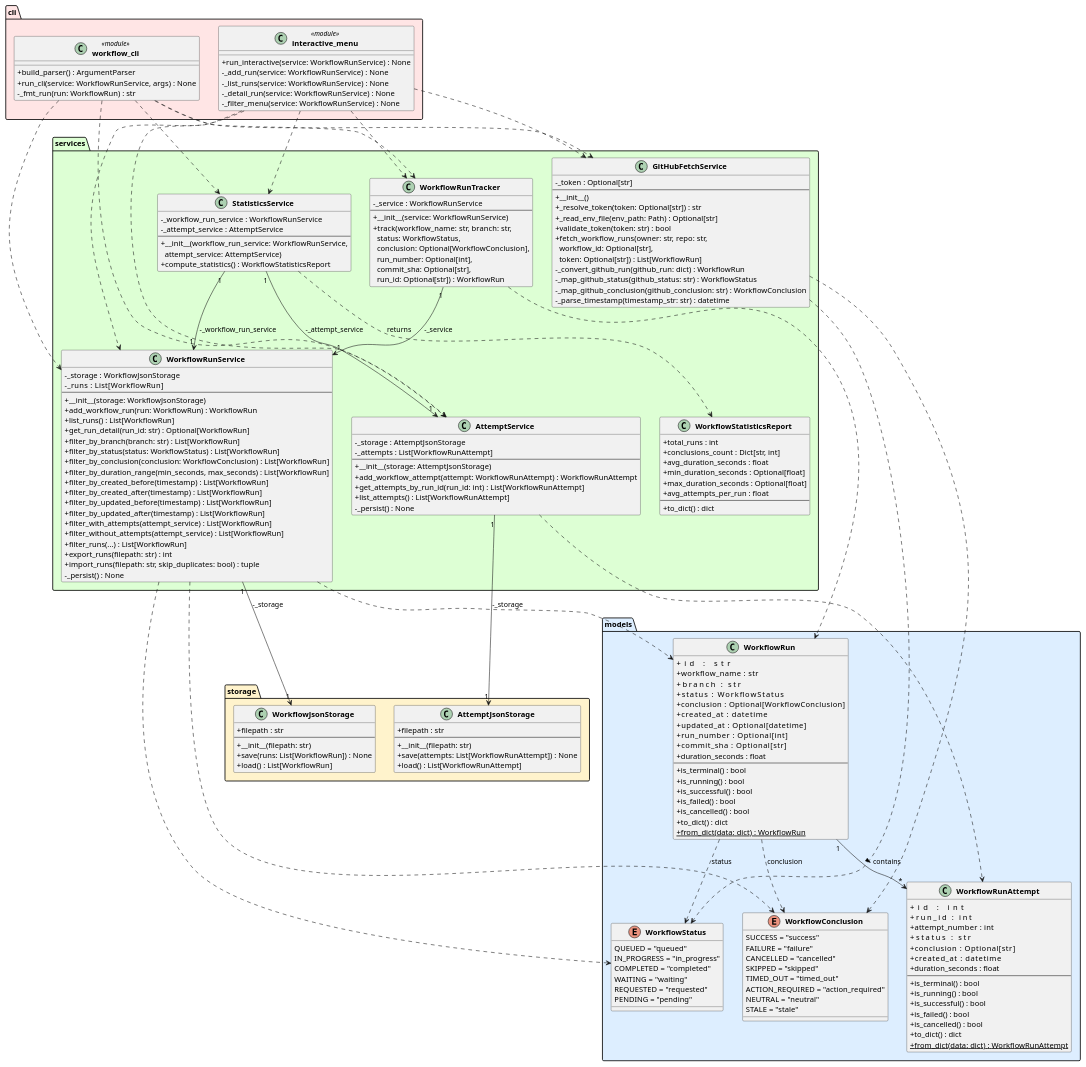
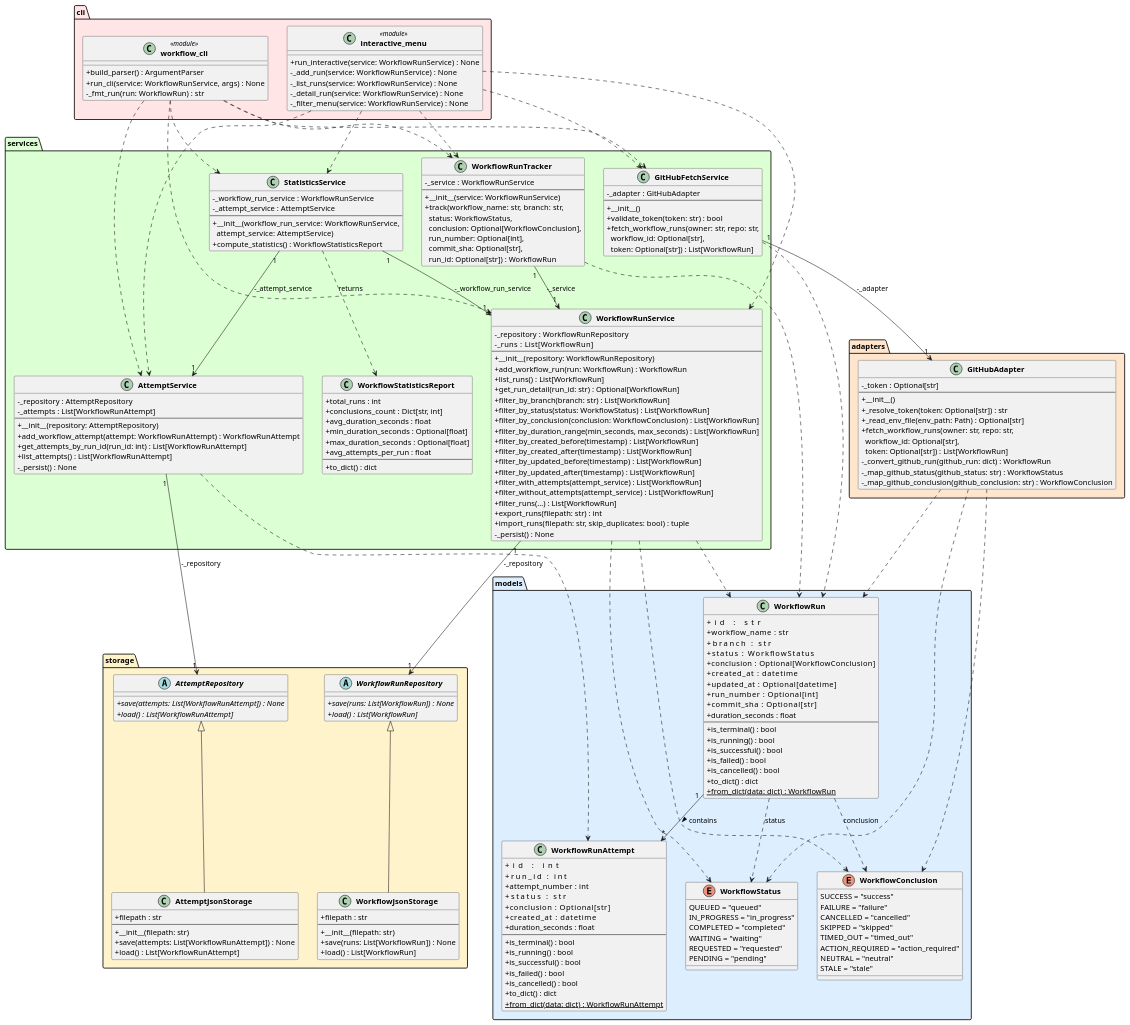
One commit to DanielRiha8906/Software_autoevolution_using_agents changed the diagram in experiments/broadcast/structured_text/github-workflow-manager/artifacts/class_diagram.puml. Above: the diagram before and after it, drawn with PlantUML. The commit also changed 5 other files, not shown here.

```diff
--- a/experiments/broadcast/structured_text/github-workflow-manager/artifacts/class_diagram.puml
+++ b/experiments/broadcast/structured_text/github-workflow-manager/artifacts/class_diagram.puml
@@ -65,6 +65,16 @@
 }
 
 package "storage" #FFF3CC {
+    abstract class WorkflowRunRepository {
+        {abstract} +save(runs: List[WorkflowRun]) : None
+        {abstract} +load() : List[WorkflowRun]
+    }
+
+    abstract class AttemptRepository {
+        {abstract} +save(attempts: List[WorkflowRunAttempt]) : None
+        {abstract} +load() : List[WorkflowRunAttempt]
+    }
+
     class WorkflowJsonStorage {
         +filepath : str
         --
@@ -80,14 +90,17 @@
         +save(attempts: List[WorkflowRunAttempt]) : None
         +load() : List[WorkflowRunAttempt]
     }
+
+    WorkflowRunRepository <|-- WorkflowJsonStorage
+    AttemptRepository <|-- AttemptJsonStorage
 }
 
 package "services" #DDFFD4 {
     class WorkflowRunService {
-        -_storage : WorkflowJsonStorage
+        -_repository : WorkflowRunRepository
         -_runs    : List[WorkflowRun]
         --
-        +__init__(storage: WorkflowJsonStorage)
+        +__init__(repository: WorkflowRunRepository)
         +add_workflow_run(run: WorkflowRun) : WorkflowRun
         +list_runs() : List[WorkflowRun]
         +get_run_detail(run_id: str) : Optional[WorkflowRun]
@@ -115,10 +128,10 @@
     }
 
     class AttemptService {
-        -_storage : AttemptJsonStorage
+        -_repository : AttemptRepository
         -_attempts : List[WorkflowRunAttempt]
         --
-        +__init__(storage: AttemptJsonStorage)
+        +__init__(repository: AttemptRepository)
         +add_workflow_attempt(attempt: WorkflowRunAttempt) : WorkflowRunAttempt
         +get_attempts_by_run_id(run_id: int) : List[WorkflowRunAttempt]
         +list_attempts() : List[WorkflowRunAttempt]
@@ -145,17 +158,25 @@
     }
 
     class GitHubFetchService {
+        -_adapter : GitHubAdapter
+        --
+        +__init__()
+        +validate_token(token: str) : bool
+        +fetch_workflow_runs(owner: str, repo: str,\n  workflow_id: Optional[str],\n  token: Optional[str]) : List[WorkflowRun]
+    }
+}
+
+package "adapters" #FFE5CC {
+    class GitHubAdapter {
         -_token : Optional[str]
         --
         +__init__()
         +_resolve_token(token: Optional[str]) : str
         +_read_env_file(env_path: Path) : Optional[str]
-        +validate_token(token: str) : bool
         +fetch_workflow_runs(owner: str, repo: str,\n  workflow_id: Optional[str],\n  token: Optional[str]) : List[WorkflowRun]
         -_convert_github_run(github_run: dict) : WorkflowRun
         -_map_github_status(github_status: str) : WorkflowStatus
         -_map_github_conclusion(github_conclusion: str) : WorkflowConclusion
-        -_parse_timestamp(timestamp_str: str) : datetime
     }
 }
 
@@ -178,17 +199,19 @@
 WorkflowRun                "1" --> "*" WorkflowRunAttempt   : contains >
 WorkflowRun                ..>  WorkflowStatus        : status
 WorkflowRun                ..>  WorkflowConclusion    : conclusion
-WorkflowRunService    "1" --> "1" WorkflowJsonStorage : -_storage
+WorkflowRunService    "1" --> "1" WorkflowRunRepository : -_repository
 WorkflowRunService         ..>  WorkflowRun
 WorkflowRunService         ..>  WorkflowStatus
 WorkflowRunService         ..>  WorkflowConclusion
 WorkflowRunTracker    "1" --> "1" WorkflowRunService  : -_service
 WorkflowRunTracker         ..>  WorkflowRun
-AttemptService       "1" --> "1" AttemptJsonStorage   : -_storage
+AttemptService       "1" --> "1" AttemptRepository   : -_repository
 AttemptService             ..>  WorkflowRunAttempt
 StatisticsService    "1" --> "1" WorkflowRunService  : -_workflow_run_service
 StatisticsService    "1" --> "1" AttemptService      : -_attempt_service
 StatisticsService          ..>  WorkflowStatisticsReport : returns
+GitHubFetchService   "1" --> "1" GitHubAdapter       : -_adapter
+GitHubFetchService         ..>  WorkflowRun
 "workflow_cli"             ..>  WorkflowRunService
 "workflow_cli"             ..>  WorkflowRunTracker
 "workflow_cli"             ..>  AttemptService
@@ -199,7 +222,8 @@
 "interactive_menu"         ..>  AttemptService
 "interactive_menu"         ..>  StatisticsService
 "interactive_menu"         ..>  GitHubFetchService
-GitHubFetchService         ..>  WorkflowStatus
-GitHubFetchService         ..>  WorkflowConclusion
+GitHubAdapter              ..>  WorkflowRun
+GitHubAdapter              ..>  WorkflowStatus
+GitHubAdapter              ..>  WorkflowConclusion
 
 @enduml
```
